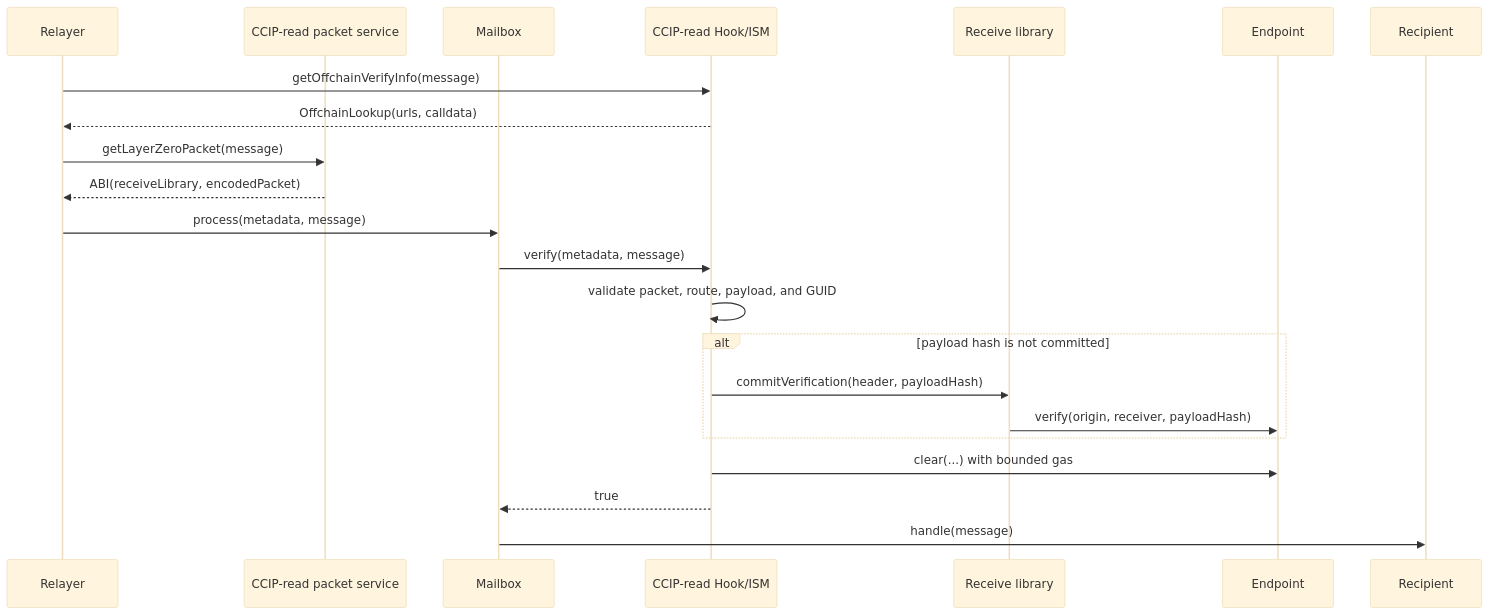
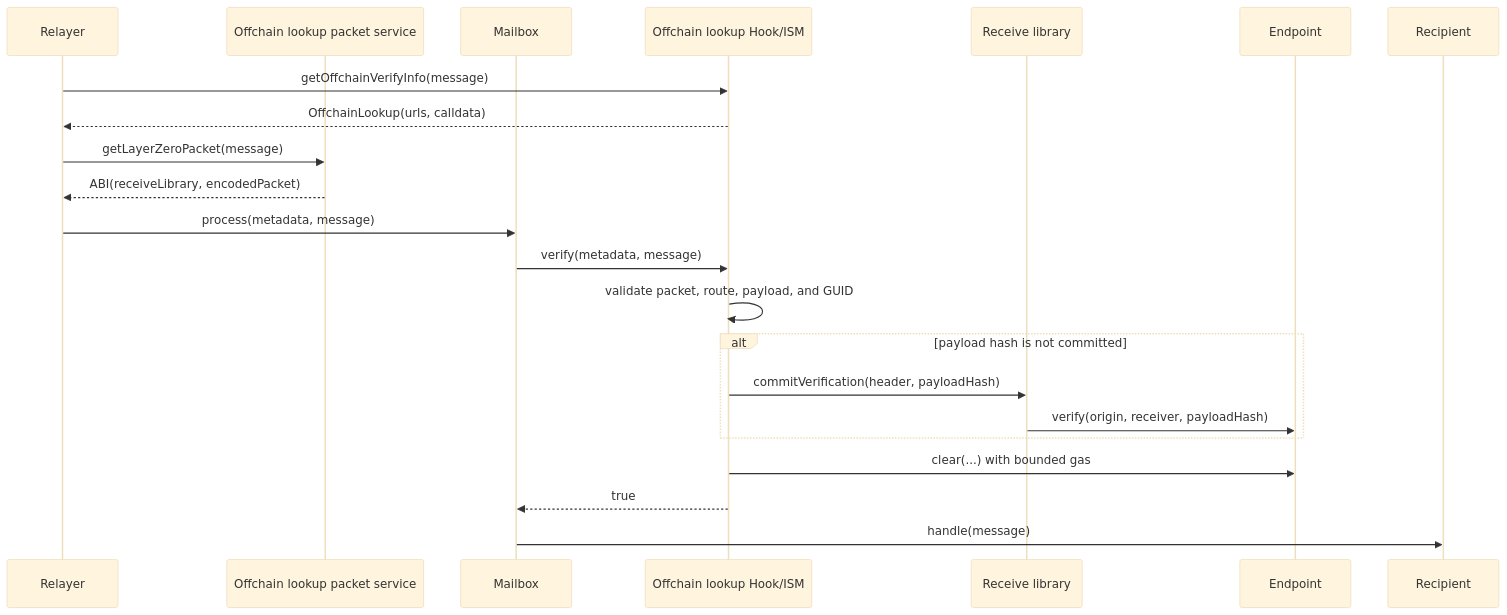
The second of 2 diagrams in solidity/contracts/hooks/layerzero/README.md (hyperlane-xyz/hyperlane-monorepo), drawn with Mermaid (base theme) before and after one commit. The commit also changed other lines of this file and 7 other files, not shown here.

Commit message:
refactor(solidity): address LayerZero hook/ISM review feedback

````diff
--- a/solidity/contracts/hooks/layerzero/README.md
+++ b/solidity/contracts/hooks/layerzero/README.md
@@ -138,25 +140,25 @@
 ```mermaid
 sequenceDiagram
     participant Relayer
-    participant Service as CCIP-read packet service
+    participant Service as Offchain lookup packet service
     participant Mailbox
-    participant Ism as CCIP-read Hook/ISM
+    participant Ism as Offchain lookup Hook/ISM
     participant Library as Receive library
     participant Endpoint
     participant Recipient
 
     Relayer->>Ism: getOffchainVerifyInfo(message)
     Ism-->>Relayer: OffchainLookup(urls, calldata)
     Relayer->>Service: getLayerZeroPacket(message)
     Service-->>Relayer: ABI(receiveLibrary, encodedPacket)
     Relayer->>Mailbox: process(metadata, message)
     Mailbox->>Ism: verify(metadata, message)
     Ism->>Ism: validate packet, route, payload, and GUID
     alt payload hash is not committed
         Ism->>Library: commitVerification(header, payloadHash)
         Library->>Endpoint: verify(origin, receiver, payloadHash)
     end
     Ism->>Endpoint: clear(...) with bounded gas
     Ism-->>Mailbox: true
     Mailbox->>Recipient: handle(message)
 ```
````
